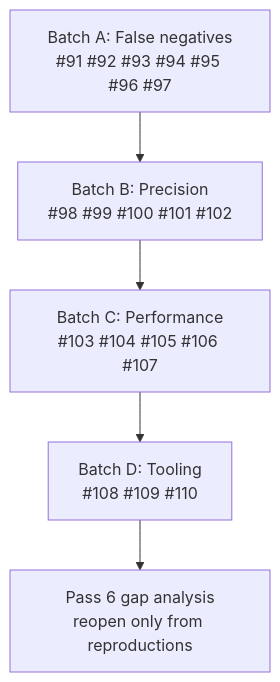
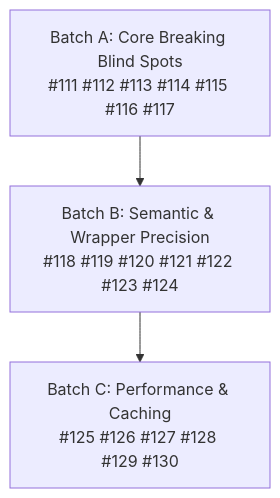
One commit to 23skdu/terraform_ast changed the diagram in docs/roadmap.md. Above: the diagram before and after it, drawn with Mermaid. The commit also changed other lines of this file, not shown here.

Commit message:
docs(roadmap): write Pass 6 roadmap (#111-#130) and expanded destructive taxonomy

````diff
--- a/docs/roadmap.md
+++ b/docs/roadmap.md
@@ -611,7 +524,5 @@
 ```mermaid
 flowchart TD
-    A["Batch A: False negatives<br/>#91 #92 #93 #94 #95 #96 #97"] --> B["Batch B: Precision<br/>#98 #99 #100 #101 #102"]
-    B --> C["Batch C: Performance<br/>#103 #104 #105 #106 #107"]
-    C --> D["Batch D: Tooling<br/>#108 #109 #110"]
-    D --> E["Pass 6 gap analysis<br/>reopen only from reproductions"]
+    A["Batch A: Core Breaking Blind Spots<br/>#111 #112 #113 #114 #115 #116 #117"] --> B["Batch B: Semantic & Wrapper Precision<br/>#118 #119 #120 #121 #122 #123 #124"]
+    B --> C["Batch C: Performance & Caching<br/>#125 #126 #127 #128 #129 #130"]
 ```
````
